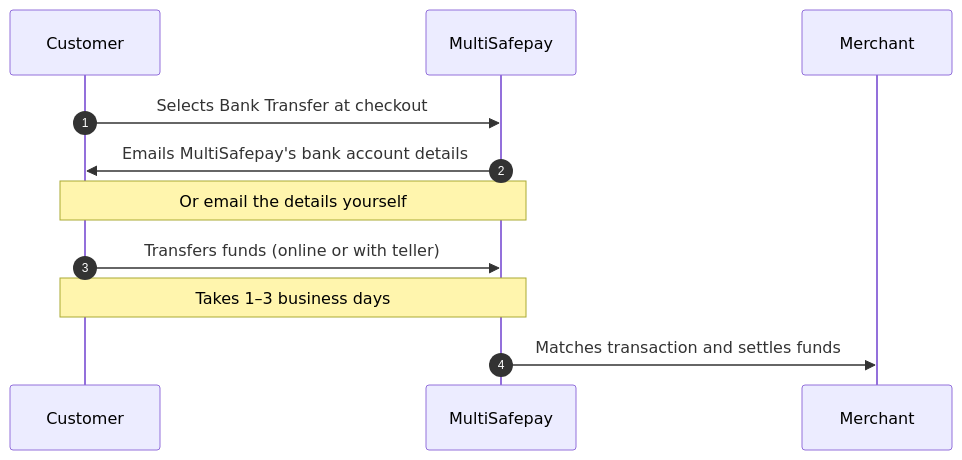
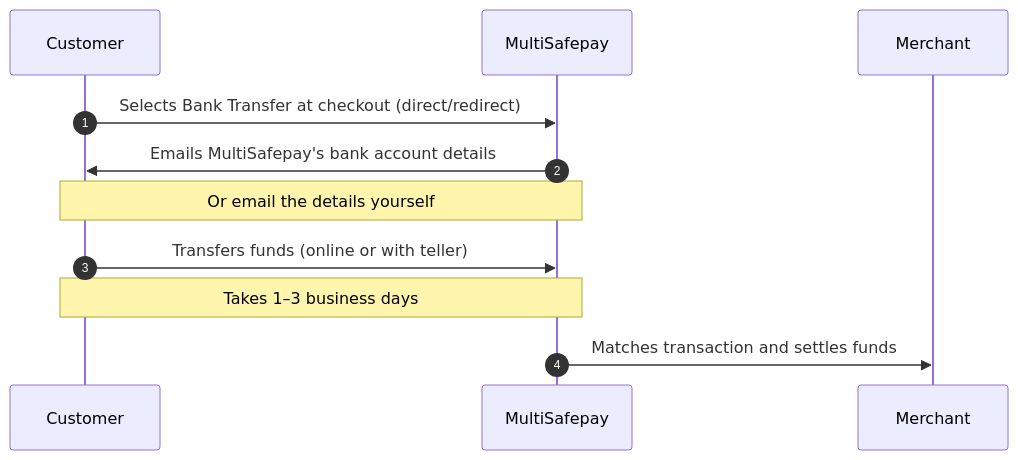
The diagram in content/payments/methods/banks/bank-transfer/payment-flow.md (MultiSafepay/docs), drawn with Mermaid before and after one commit. The commit also changed other lines of this file and 253 other files, not shown here.

```diff
--- a/content/payments/methods/banks/bank-transfer/payment-flow.md
+++ b/content/payments/methods/banks/bank-transfer/payment-flow.md
@@ -17,16 +17,16 @@
 {{< mermaid class="text-center" >}}
 
 sequenceDiagram
     autonumber
     participant C as Customer
     participant Mu as MultiSafepay
     participant Me as Merchant
 
-    C->>Mu: Selects Bank Transfer at checkout
+    C->>Mu: Selects Bank Transfer at checkout (direct/redirect)
     Mu->>C: Emails MultiSafepay's bank account details
     Note over Mu,C: Or email the details yourself
     C->>Mu: Transfers funds (online or with teller)
     Note over C,Mu: Takes 1–3 business days 
     Mu->>Me: Matches transaction and settles funds
     
 {{< /mermaid >}}
```
